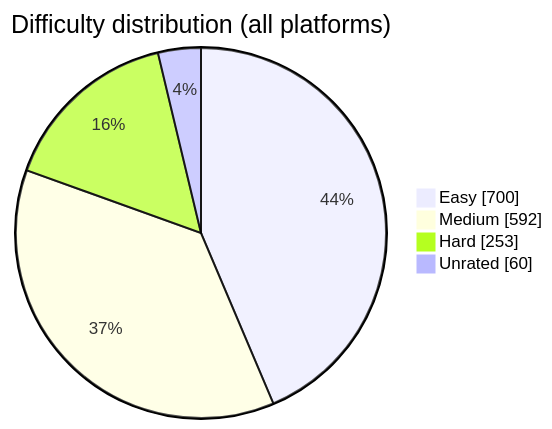
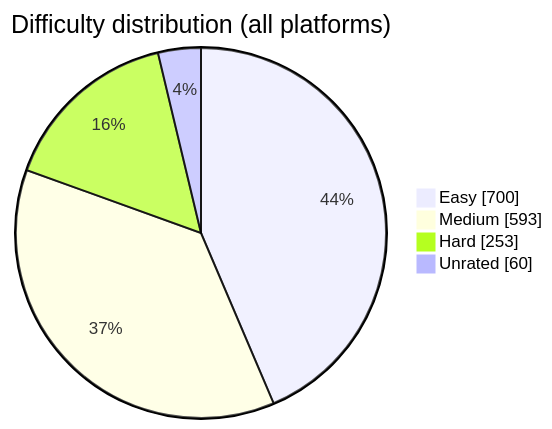
The diagram in README.md (BuildbyArindam/Daily-Coding-Log), drawn with Mermaid before and after one commit. The commit also changed other lines of this file, not shown here.

````diff
--- a/README.md
+++ b/README.md
@@ -93,7 +93,7 @@
 ```mermaid
 pie showData title Difficulty distribution (all platforms)
     "Easy" : 700
-    "Medium" : 592
+    "Medium" : 593
     "Hard" : 253
     "Unrated" : 60
 ```
````
